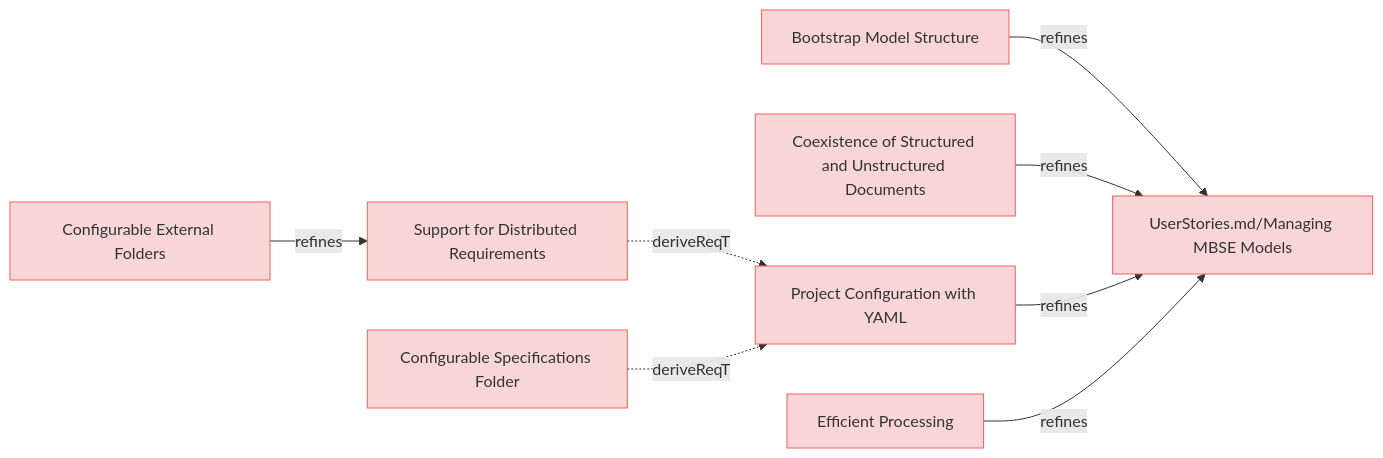
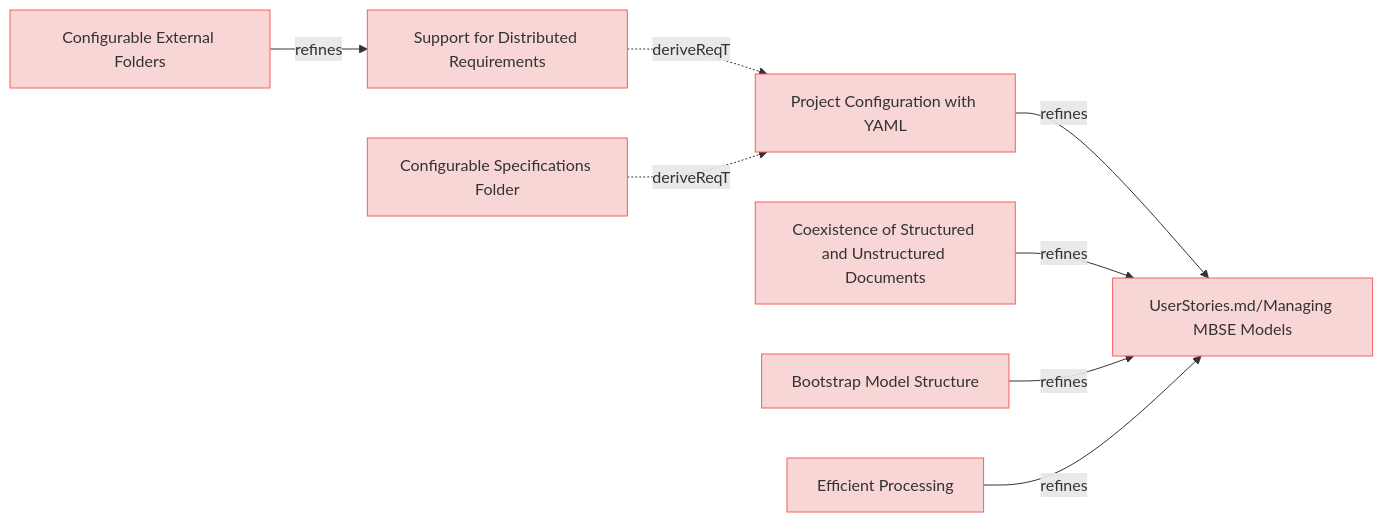
Before and after one commit to reqvire-org/reqvire: the diagram in specifications/ManagingMbseModelsRequirements.md, drawn with Mermaid. The commit also changed 16 other files, not shown here.

````diff
--- a/specifications/ManagingMbseModelsRequirements.md
+++ b/specifications/ManagingMbseModelsRequirements.md
@@ -4,40 +4,40 @@
 ```mermaid
 graph LR;
   %% Graph styling
   classDef requirement fill:#f9d6d6,stroke:#f55f5f,stroke-width:1px;
   classDef verification fill:#d6f9d6,stroke:#5fd75f,stroke-width:1px;
   classDef externalLink fill:#d0e0ff,stroke:#3080ff,stroke-width:1px;
   classDef default fill:#f5f5f5,stroke:#333333,stroke-width:1px;
 
-  fa4727bd969c48f8["Bootstrap Model Structure"];
-  click fa4727bd969c48f8 "https://github.com/Reqvire/reqvire/blob/b8c43d2689b933838bf1838d8a4cdf3393c9014f/specifications/ManagingMbseModelsRequirements.md#bootstrap-model-structure";
-  class fa4727bd969c48f8 requirement;
-  c75ac8fa29479ca5["UserStories.md/Managing MBSE Models"];
-  class c75ac8fa29479ca5 requirement;
-  click c75ac8fa29479ca5 "https://github.com/Reqvire/reqvire/blob/b8c43d2689b933838bf1838d8a4cdf3393c9014f/specifications/UserStories.md#managing-mbse-models";
-  fa4727bd969c48f8 -->|refines| c75ac8fa29479ca5;
-  da5831ca85881025["Coexistence of Structured and Unstructured Documents"];
-  click da5831ca85881025 "https://github.com/Reqvire/reqvire/blob/b8c43d2689b933838bf1838d8a4cdf3393c9014f/specifications/ManagingMbseModelsRequirements.md#coexistence-of-structured-and-unstructured-documents";
-  class da5831ca85881025 requirement;
-  da5831ca85881025 -->|refines| c75ac8fa29479ca5;
-  b3ef0fb91572bcf0["Project Configuration with YAML"];
-  click b3ef0fb91572bcf0 "https://github.com/Reqvire/reqvire/blob/b8c43d2689b933838bf1838d8a4cdf3393c9014f/specifications/ManagingMbseModelsRequirements.md#project-configuration-with-yaml";
-  class b3ef0fb91572bcf0 requirement;
-  b3ef0fb91572bcf0 -->|refines| c75ac8fa29479ca5;
   b9c9d1bf19e76fc["Configurable External Folders"];
-  click b9c9d1bf19e76fc "https://github.com/Reqvire/reqvire/blob/b8c43d2689b933838bf1838d8a4cdf3393c9014f/specifications/ManagingMbseModelsRequirements.md#configurable-external-folders";
+  click b9c9d1bf19e76fc "https://github.com/Reqvire/reqvire/blob/92e82ef235559b4819fd85d700024b79b452d8e3/specifications/ManagingMbseModelsRequirements.md#configurable-external-folders";
   class b9c9d1bf19e76fc requirement;
   c4d5865187c53ce6["Support for Distributed Requirements"];
   class c4d5865187c53ce6 requirement;
-  click c4d5865187c53ce6 "https://github.com/Reqvire/reqvire/blob/b8c43d2689b933838bf1838d8a4cdf3393c9014f/specifications/ManagingMbseModelsRequirements.md#support-for-distributed-requirements";
+  click c4d5865187c53ce6 "https://github.com/Reqvire/reqvire/blob/92e82ef235559b4819fd85d700024b79b452d8e3/specifications/ManagingMbseModelsRequirements.md#support-for-distributed-requirements";
   b9c9d1bf19e76fc -->|refines| c4d5865187c53ce6;
+  b3ef0fb91572bcf0["Project Configuration with YAML"];
+  click b3ef0fb91572bcf0 "https://github.com/Reqvire/reqvire/blob/92e82ef235559b4819fd85d700024b79b452d8e3/specifications/ManagingMbseModelsRequirements.md#project-configuration-with-yaml";
+  class b3ef0fb91572bcf0 requirement;
+  c75ac8fa29479ca5["UserStories.md/Managing MBSE Models"];
+  class c75ac8fa29479ca5 requirement;
+  click c75ac8fa29479ca5 "https://github.com/Reqvire/reqvire/blob/92e82ef235559b4819fd85d700024b79b452d8e3/specifications/UserStories.md#managing-mbse-models";
+  b3ef0fb91572bcf0 -->|refines| c75ac8fa29479ca5;
+  da5831ca85881025["Coexistence of Structured and Unstructured Documents"];
+  click da5831ca85881025 "https://github.com/Reqvire/reqvire/blob/92e82ef235559b4819fd85d700024b79b452d8e3/specifications/ManagingMbseModelsRequirements.md#coexistence-of-structured-and-unstructured-documents";
+  class da5831ca85881025 requirement;
+  da5831ca85881025 -->|refines| c75ac8fa29479ca5;
+  fa4727bd969c48f8["Bootstrap Model Structure"];
+  click fa4727bd969c48f8 "https://github.com/Reqvire/reqvire/blob/92e82ef235559b4819fd85d700024b79b452d8e3/specifications/ManagingMbseModelsRequirements.md#bootstrap-model-structure";
+  class fa4727bd969c48f8 requirement;
+  fa4727bd969c48f8 -->|refines| c75ac8fa29479ca5;
+  c4d5865187c53ce6 -.->|deriveReqT| b3ef0fb91572bcf0;
+  87e38ccb52188638["Configurable Specifications Folder"];
+  click 87e38ccb52188638 "https://github.com/Reqvire/reqvire/blob/92e82ef235559b4819fd85d700024b79b452d8e3/specifications/ManagingMbseModelsRequirements.md#configurable-specifications-folder";
+  class 87e38ccb52188638 requirement;
+  87e38ccb52188638 -.->|deriveReqT| b3ef0fb91572bcf0;
   386d7b145d008870["Efficient Processing"];
-  click 386d7b145d008870 "https://github.com/Reqvire/reqvire/blob/b8c43d2689b933838bf1838d8a4cdf3393c9014f/specifications/ManagingMbseModelsRequirements.md#efficient-processing";
+  click 386d7b145d008870 "https://github.com/Reqvire/reqvire/blob/92e82ef235559b4819fd85d700024b79b452d8e3/specifications/ManagingMbseModelsRequirements.md#efficient-processing";
   class 386d7b145d008870 requirement;
   386d7b145d008870 -->|refines| c75ac8fa29479ca5;
-  c4d5865187c53ce6 -.->|deriveReqT| b3ef0fb91572bcf0;
-  87e38ccb52188638["Configurable Specifications Folder"];
-  click 87e38ccb52188638 "https://github.com/Reqvire/reqvire/blob/b8c43d2689b933838bf1838d8a4cdf3393c9014f/specifications/ManagingMbseModelsRequirements.md#configurable-specifications-folder";
-  class 87e38ccb52188638 requirement;
-  87e38ccb52188638 -.->|deriveReqT| b3ef0fb91572bcf0;
 ```
````
